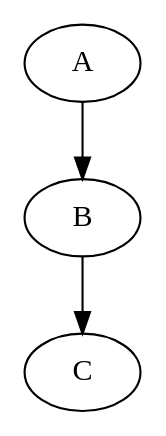
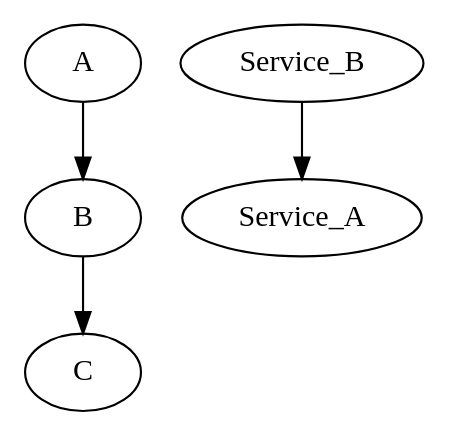
One commit to magikarp-salesman/pipe-webserver changed the diagram in docs/test.md. Above: the diagram before and after it, drawn with Graphviz. The commit also changed other lines of this file and 10 other files, not shown here.

`````diff
--- a/docs/test.md
+++ b/docs/test.md
@@ -27,5 +27,6 @@
 ````dot
 digraph {
         A -> B -> C
+	Service_B -> Service_A
 }
 ````
`````
